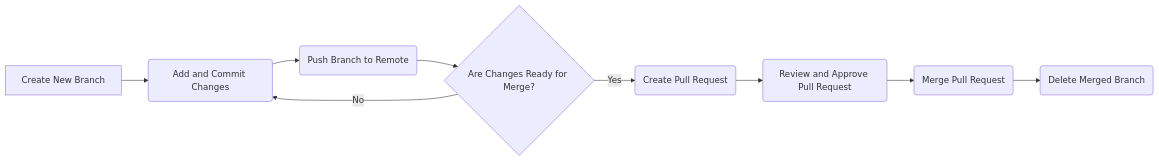
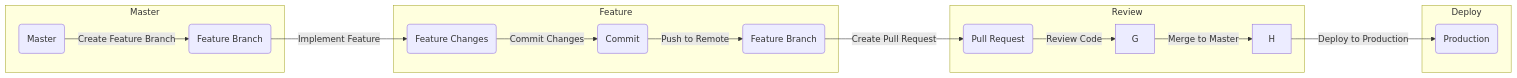
The diagram in GitKraken-Compendium/docs/diagrams/git-workflow.mmd (AnthonyByansi/GitKraken-Compendium), drawn with Mermaid before and after one commit.

```diff
--- a/GitKraken-Compendium/docs/diagrams/git-workflow.mmd
+++ b/GitKraken-Compendium/docs/diagrams/git-workflow.mmd
@@ -1,9 +1,23 @@
 graph LR
-  A[Create New Branch] --> B(Add and Commit Changes)
-  B --> C(Push Branch to Remote)
-  C --> D{Are Changes Ready for Merge?}
-  D -- Yes --> E(Create Pull Request)
-  E --> F(Review and Approve Pull Request)
-  F --> G(Merge Pull Request)
-  G --> H(Delete Merged Branch)
-  D -- No --> B
+
+  subgraph Master
+    A(Master)
+    A --> |"Create Feature Branch"| B(Feature Branch)
+  end
+
+  subgraph Feature
+    B --> |"Implement Feature"| C(Feature Changes)
+    C --> |"Commit Changes"| D(Commit)
+    D --> |"Push to Remote"| E
+  end
+
+  subgraph Review
+    E(Feature Branch)
+    E --> |"Create Pull Request"| F(Pull Request)
+    F --> |"Review Code"| G
+    G --> |"Merge to Master"| H
+  end
+
+  subgraph Deploy
+    H --> |"Deploy to Production"| I(Production)
+  end
```
